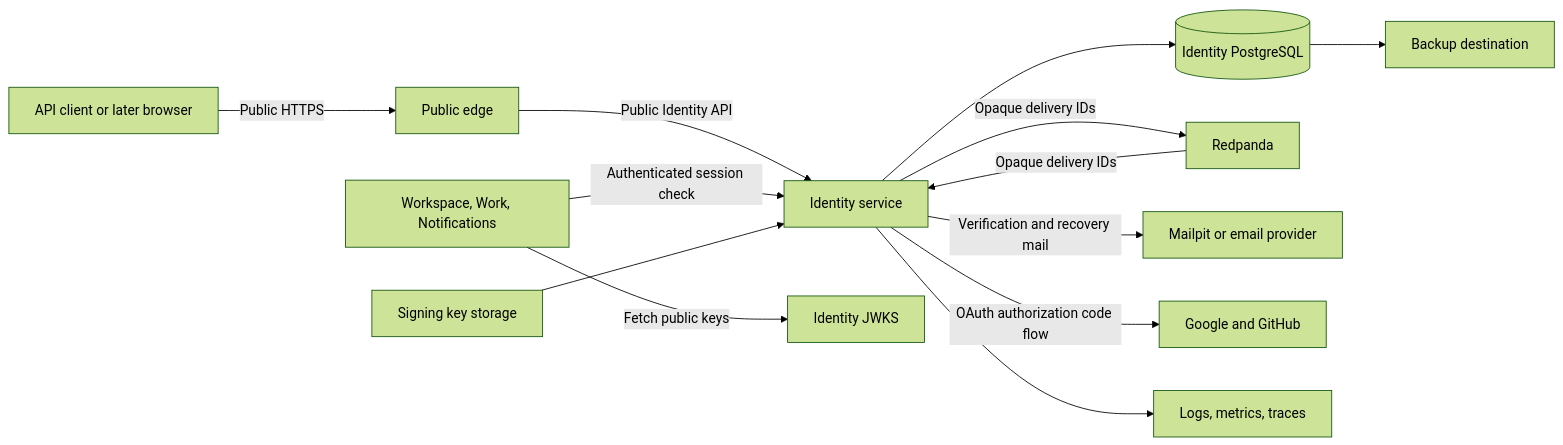
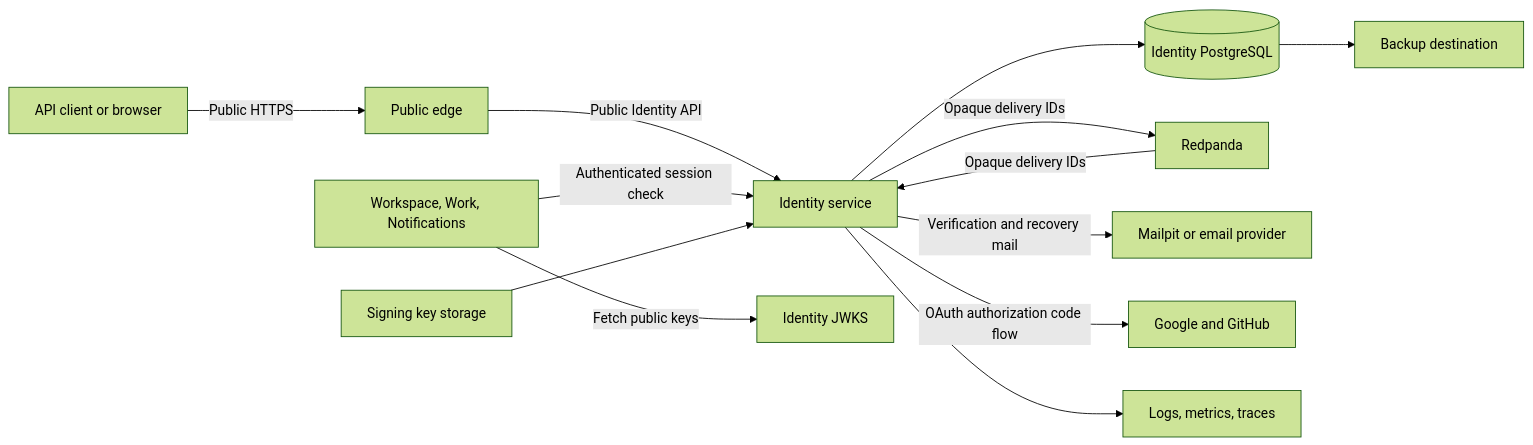
The diagram in docs/security/identity-threat-model.md (vasapolrittideah/flowspace-api), drawn with Mermaid (forest theme) before and after one commit. The commit also changed other lines of this file and 6 other files, not shown here.

````diff
--- a/docs/security/identity-threat-model.md
+++ b/docs/security/identity-threat-model.md
@@ -36,15 +36,15 @@
 ```mermaid
 flowchart LR
-    Client[API client or later browser] -->|Public HTTPS| Edge[Public edge]
+    Client[API client or browser] -->|Public HTTPS| Edge[Public edge]
     Edge -->|Public Identity API| Identity[Identity service]
     Identity --> IdentityDB[(Identity PostgreSQL)]
     Identity -->|Opaque delivery IDs| Broker[Redpanda]
     Broker -->|Opaque delivery IDs| Identity
     Identity -->|Verification and recovery mail| Mail[Mailpit or email provider]
     Identity -->|OAuth authorization code flow| Providers[Google and GitHub]
     Services[Workspace, Work, Notifications] -->|Authenticated session check| Identity
     Services -->|Fetch public keys| JWKS[Identity JWKS]
     Keys[Signing key storage] --> Identity
     Identity --> Telemetry[Logs, metrics, traces]
     IdentityDB --> Backups[Backup destination]
 ```
````
